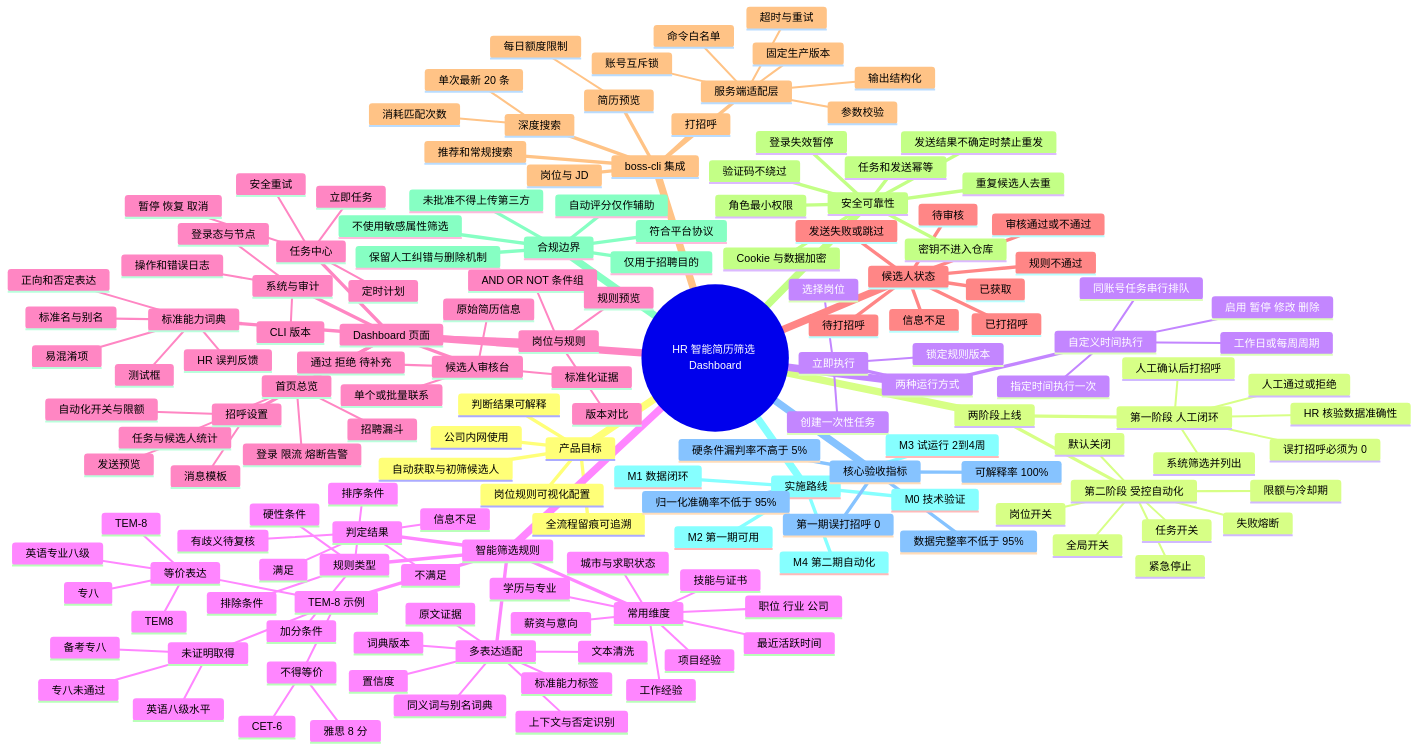
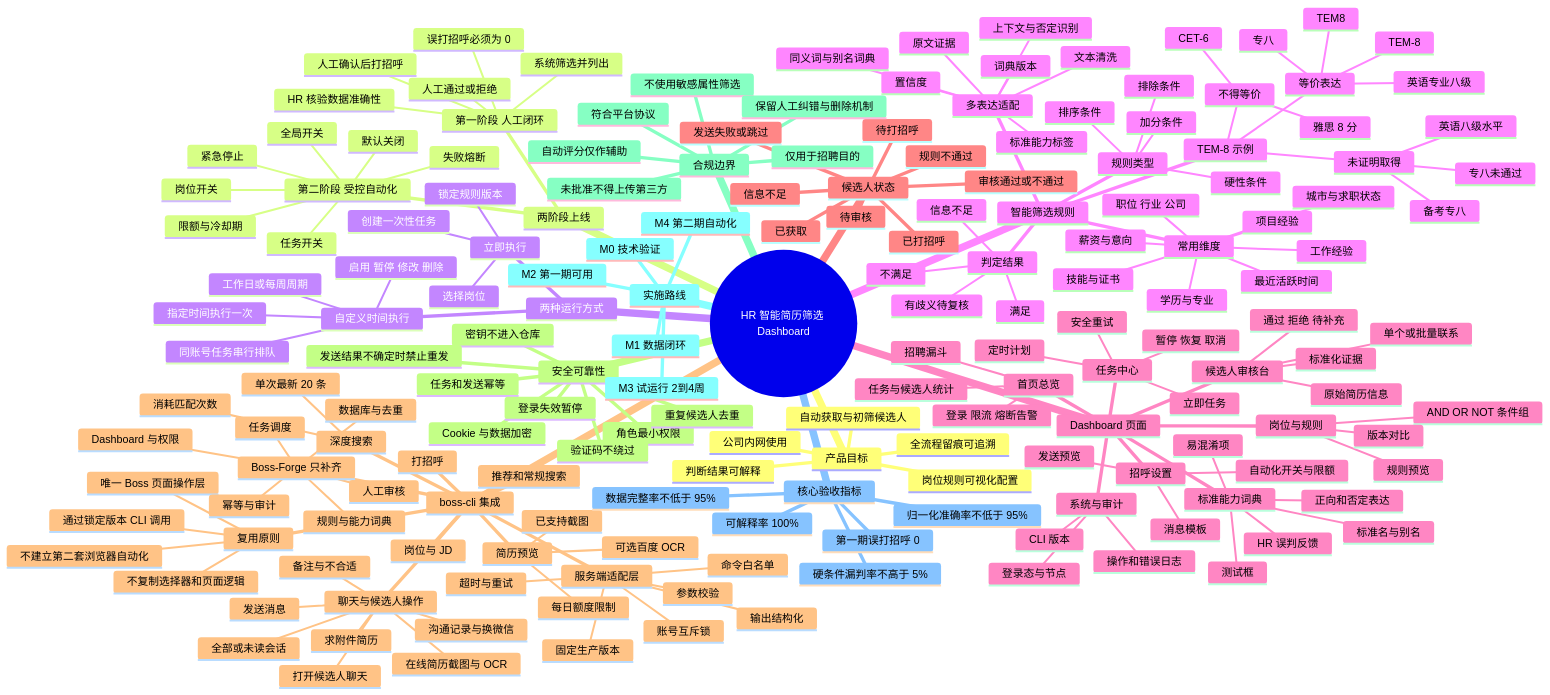
The diagram in docs/HR_DASHBOARD_MINDMAP.md (JasonEran/Boss-Forge), drawn with Mermaid before and after one commit. The commit also changed 3 other files, not shown here.

Commit message:
docs: define boss-cli reuse boundaries

```diff
--- a/docs/HR_DASHBOARD_MINDMAP.md
+++ b/docs/HR_DASHBOARD_MINDMAP.md
@@ -118,6 +118,11 @@
       已打招呼
       发送失败或跳过
     boss-cli 集成
+      复用原则
+        唯一 Boss 页面操作层
+        通过锁定版本 CLI 调用
+        不复制选择器和页面逻辑
+        不建立第二套浏览器自动化
       岗位与 JD
       推荐和常规搜索
       深度搜索
@@ -125,7 +130,17 @@
         消耗匹配次数
       简历预览
         每日额度限制
+        已支持截图
+        可选百度 OCR
       打招呼
+      聊天与候选人操作
+        全部或未读会话
+        打开候选人聊天
+        发送消息
+        求附件简历
+        在线简历截图与 OCR
+        备注与不合适
+        沟通记录与换微信
       服务端适配层
         命令白名单
         参数校验
@@ -133,6 +148,13 @@
         账号互斥锁
         输出结构化
         固定生产版本
+      Boss-Forge 只补齐
+        Dashboard 与权限
+        任务调度
+        规则与能力词典
+        人工审核
+        数据库与去重
+        幂等与审计
     安全可靠性
       角色最小权限
       Cookie 与数据加密
```
